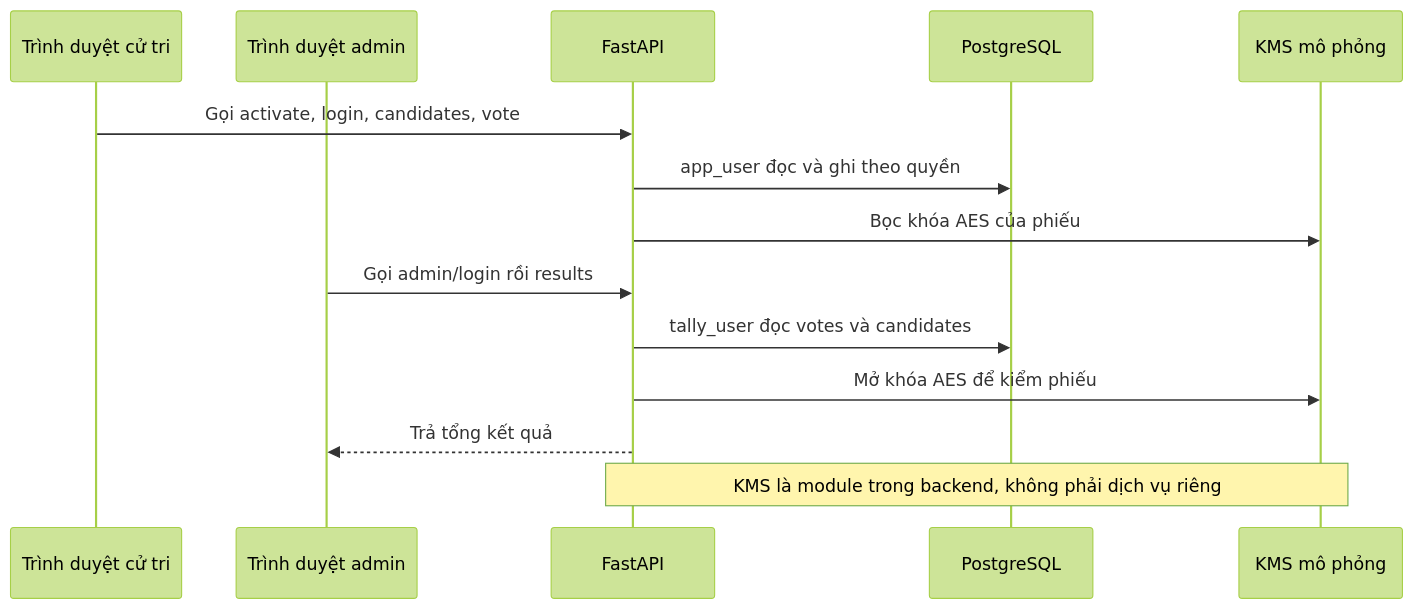
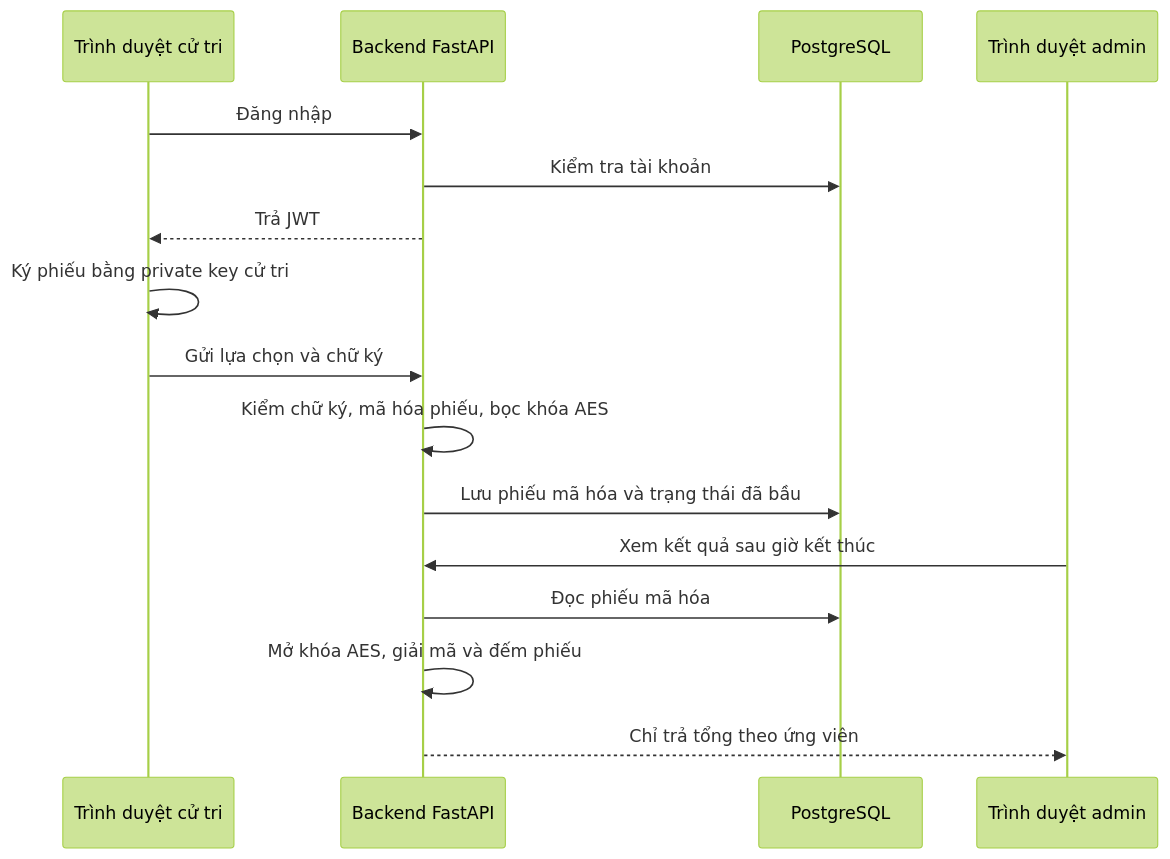
Before and after one commit to lam-vu6868/lab3_evoting: the second of 11 diagrams in docs/BCao.md, drawn with Mermaid (forest theme). The commit also changed other lines of this file, not shown here.

````diff
--- a/docs/BCao.md
+++ b/docs/BCao.md
@@ -38,16 +40,18 @@
 ```mermaid
 sequenceDiagram
     participant CT as Trình duyệt cử tri
+    participant API as Backend FastAPI
+    participant DB as PostgreSQL
     participant AD as Trình duyệt admin
-    participant API as FastAPI
-    participant DB as PostgreSQL
-    participant KMS as KMS mô phỏng
-    CT->>API: Gọi activate, login, candidates, vote
-    API->>DB: app_user đọc và ghi theo quyền
-    API->>KMS: Bọc khóa AES của phiếu
-    AD->>API: Gọi admin/login rồi results
-    API->>DB: tally_user đọc votes và candidates
-    API->>KMS: Mở khóa AES để kiểm phiếu
-    API-->>AD: Trả tổng kết quả
-    Note over API,KMS: KMS là module trong backend, không phải dịch vụ riêng
+    CT->>API: Đăng nhập
+    API->>DB: Kiểm tra tài khoản
+    API-->>CT: Trả JWT
+    CT->>CT: Ký phiếu bằng private key cử tri
+    CT->>API: Gửi lựa chọn và chữ ký
+    API->>API: Kiểm chữ ký, mã hóa phiếu, bọc khóa AES
+    API->>DB: Lưu phiếu mã hóa và trạng thái đã bầu
+    AD->>API: Xem kết quả sau giờ kết thúc
+    API->>DB: Đọc phiếu mã hóa
+    API->>API: Mở khóa AES, giải mã và đếm phiếu
+    API-->>AD: Chỉ trả tổng theo ứng viên
 ```
````
